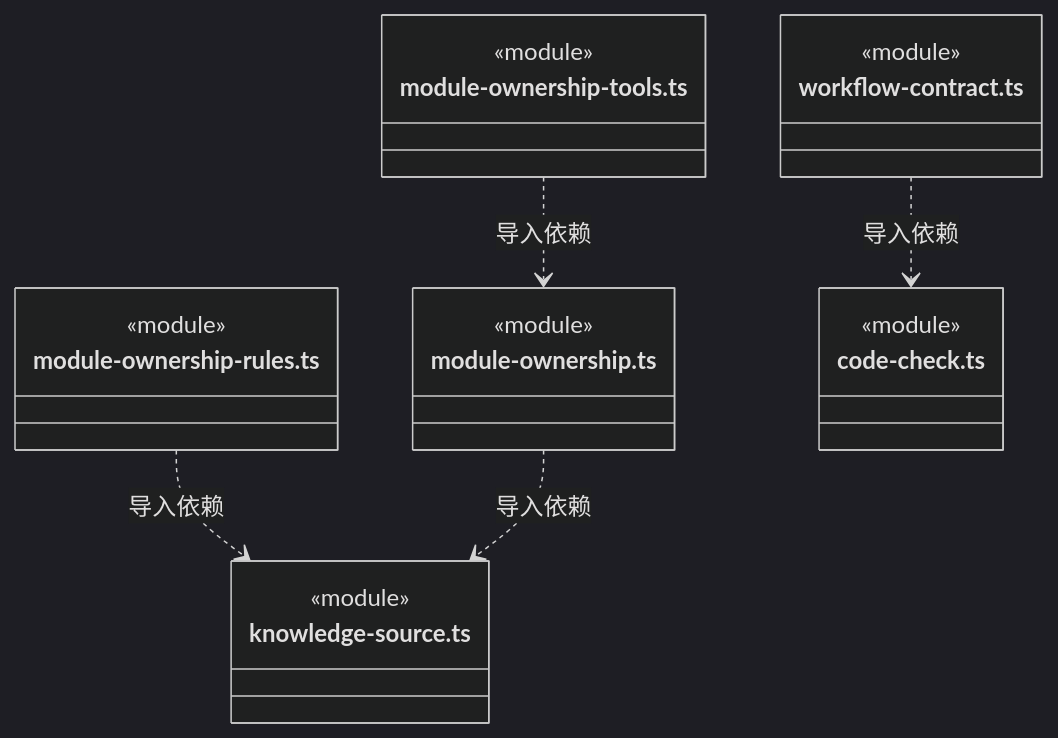
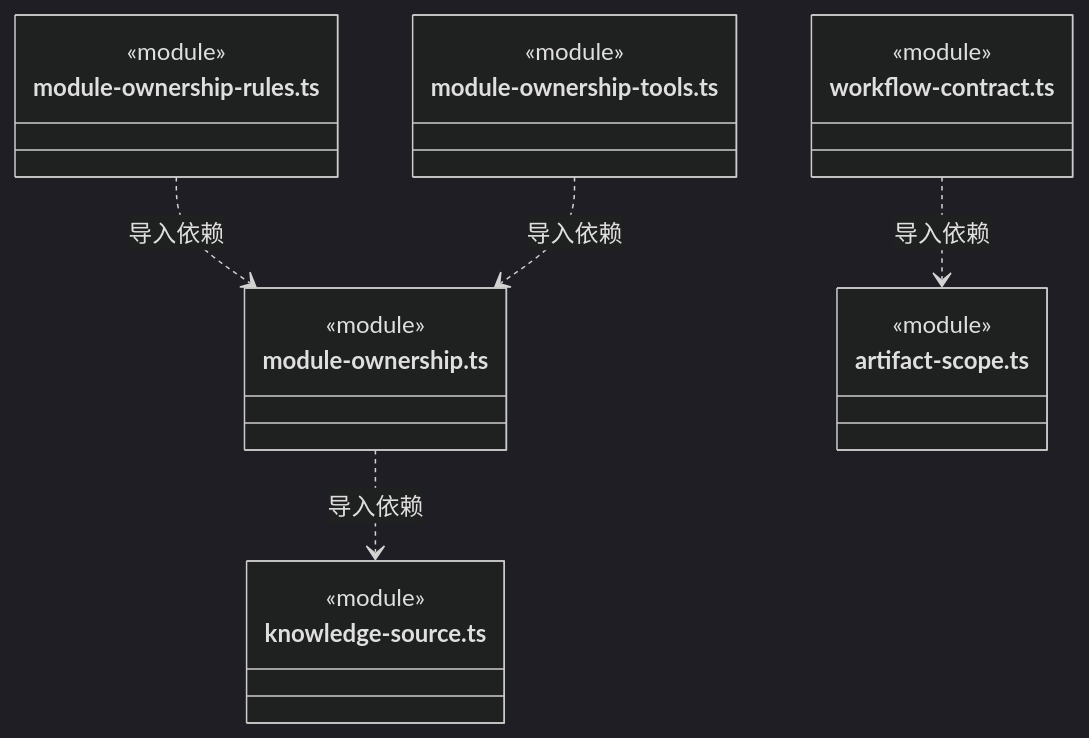
Diagram 38 of 40 in src/logic/workspace/rules/ARCHITECTURE.md (nan023062/cbim), drawn with Mermaid (dark theme) before and after one commit. The commit also changed other lines of this file and 112 other files, not shown here.

Commit message:
docs: align source architecture with current declarations and contracts

````diff
--- a/src/logic/workspace/rules/ARCHITECTURE.md
+++ b/src/logic/workspace/rules/ARCHITECTURE.md
@@ -1036,25 +1033,25 @@
 ```mermaid
 classDiagram
 class N_src_logic_workspace_rules_module_ownership_rules_ts["module-ownership-rules.ts"] {
   <<module>>
 }
-class N_src_logic_workspace_rules_knowledge_source_ts["knowledge-source.ts"] {
+class N_src_logic_workspace_rules_module_ownership_ts["module-ownership.ts"] {
   <<module>>
 }
 class N_src_logic_workspace_rules_module_ownership_tools_ts["module-ownership-tools.ts"] {
   <<module>>
 }
-class N_src_logic_workspace_rules_module_ownership_ts["module-ownership.ts"] {
+class N_src_logic_workspace_rules_knowledge_source_ts["knowledge-source.ts"] {
   <<module>>
 }
 class N_src_logic_workspace_rules_workflow_contract_ts["workflow-contract.ts"] {
   <<module>>
 }
-class N_src_logic_workspace_rules_code_check_ts["code-check.ts"] {
+class N_src_logic_workspace_rules_artifact_scope_ts["artifact-scope.ts"] {
   <<module>>
 }
-N_src_logic_workspace_rules_module_ownership_rules_ts ..> N_src_logic_workspace_rules_knowledge_source_ts : 导入依赖
+N_src_logic_workspace_rules_module_ownership_rules_ts ..> N_src_logic_workspace_rules_module_ownership_ts : 导入依赖
 N_src_logic_workspace_rules_module_ownership_tools_ts ..> N_src_logic_workspace_rules_module_ownership_ts : 导入依赖
 N_src_logic_workspace_rules_module_ownership_ts ..> N_src_logic_workspace_rules_knowledge_source_ts : 导入依赖
-N_src_logic_workspace_rules_workflow_contract_ts ..> N_src_logic_workspace_rules_code_check_ts : 导入依赖
+N_src_logic_workspace_rules_workflow_contract_ts ..> N_src_logic_workspace_rules_artifact_scope_ts : 导入依赖
 ```
````
